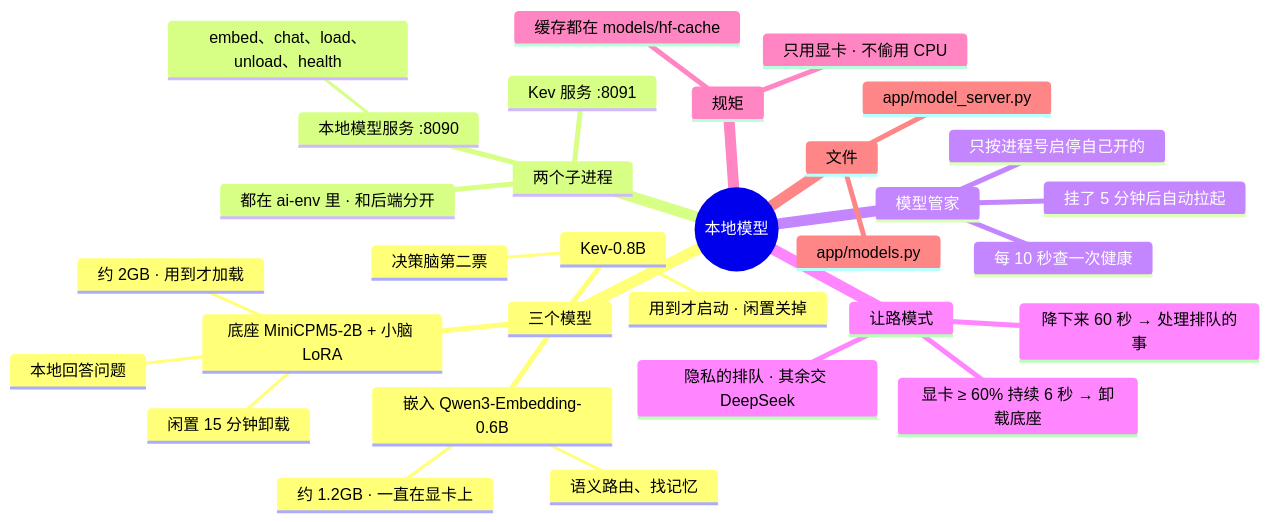
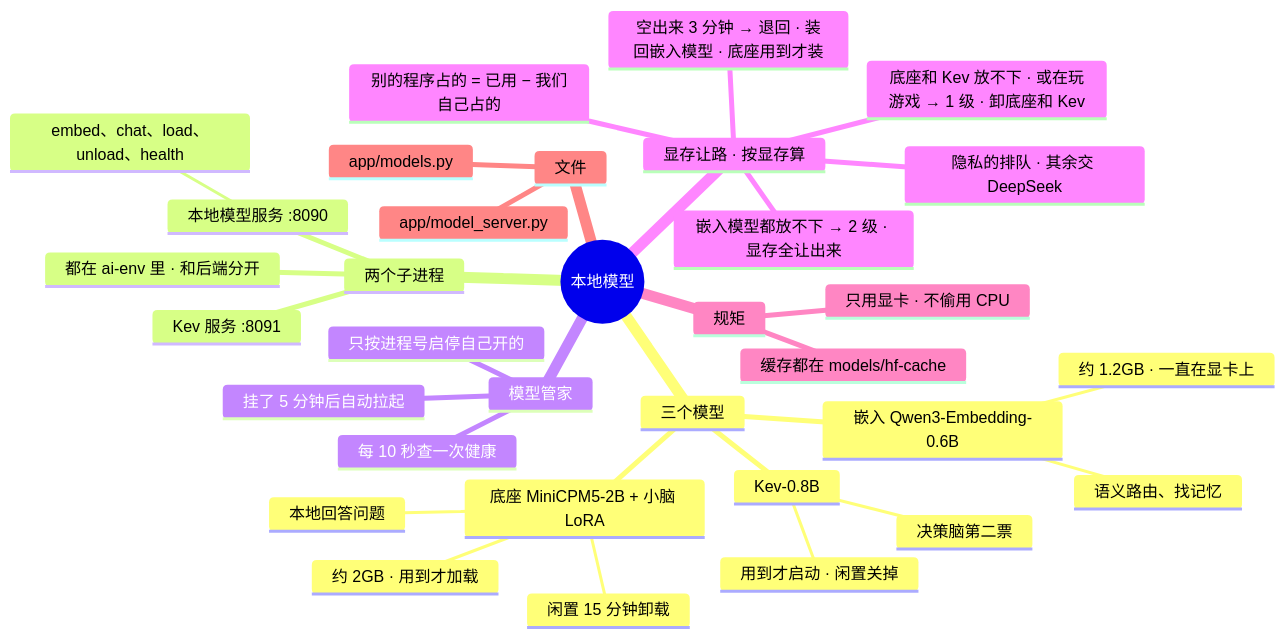
The diagram in docs/AI文档/架构/02-本地模型.md (lql-076/Experiment-Agent-One), drawn with Mermaid before and after one commit. The commit also changed other lines of this file and 23 other files, not shown here.

````diff
--- a/docs/AI文档/架构/02-本地模型.md
+++ b/docs/AI文档/架构/02-本地模型.md
@@ -9,37 +9,39 @@
 ```mermaid
 mindmap
   root((本地模型))
     三个模型
       嵌入 Qwen3-Embedding-0.6B
         语义路由、找记忆
         约 1.2GB · 一直在显卡上
       底座 MiniCPM5-2B + 小脑 LoRA
         本地回答问题
         约 2GB · 用到才加载
         闲置 15 分钟卸载
       Kev-0.8B
       :::svc-kev
         决策脑第二票
         用到才启动 · 闲置关掉
     两个子进程
       本地模型服务 :8090
       :::svc-model
         embed、chat、load、unload、health
       Kev 服务 :8091
       :::svc-kev
       都在 ai-env 里 · 和后端分开
     模型管家
       每 10 秒查一次健康
       挂了 5 分钟后自动拉起
       只按进程号启停自己开的
-    让路模式
-      显卡 ≥ 60% 持续 6 秒 → 卸载底座
+    显存让路 · 按显存算
+      别的程序占的 = 已用 − 我们自己占的
+      底座和 Kev 放不下 · 或在玩游戏 → 1 级 · 卸底座和 Kev
+      嵌入模型都放不下 → 2 级 · 显存全让出来
+      空出来 3 分钟 → 退回 · 装回嵌入模型 · 底座用到才装
       隐私的排队 · 其余交 DeepSeek
-      降下来 60 秒 → 处理排队的事
     规矩
       只用显卡 · 不偷用 CPU
       缓存都在 models/hf-cache
     文件
       app/models.py
       app/model_server.py
 ```
````
